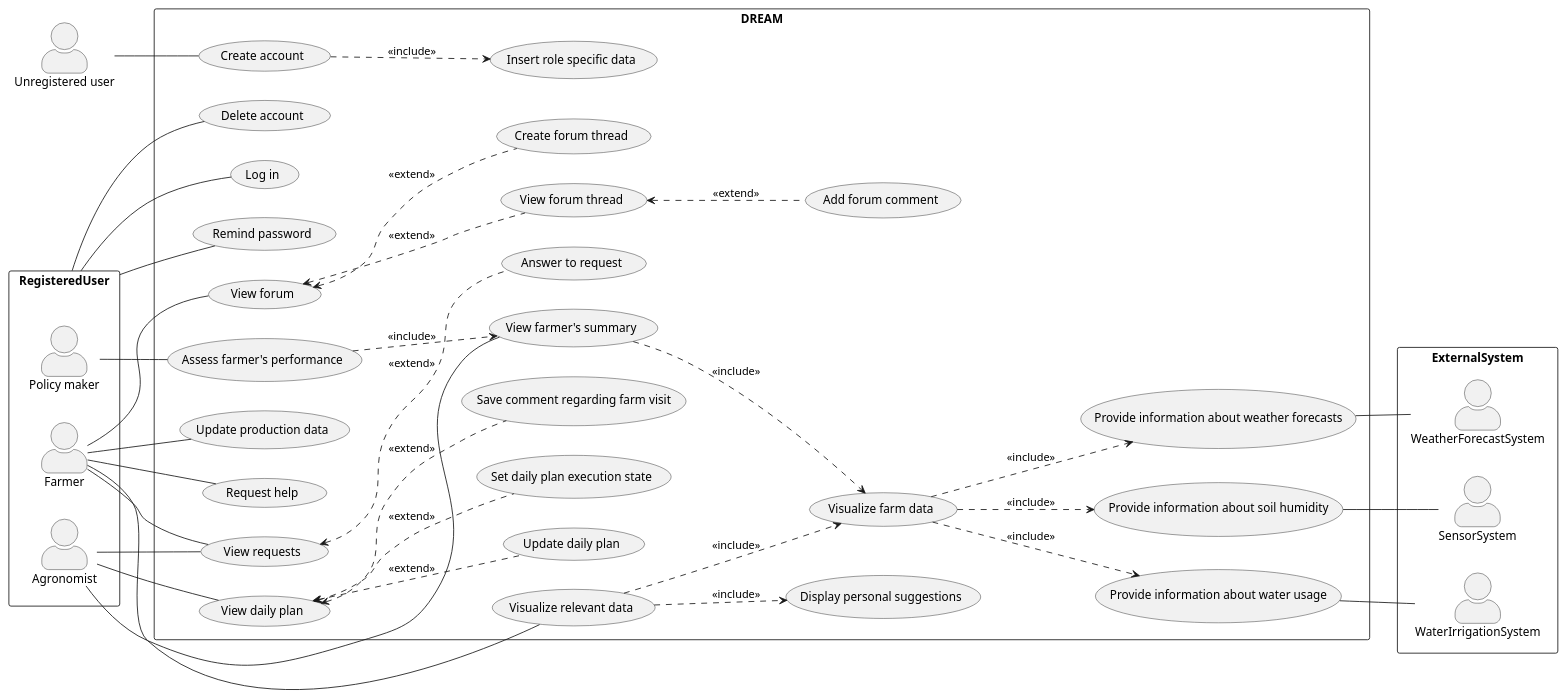
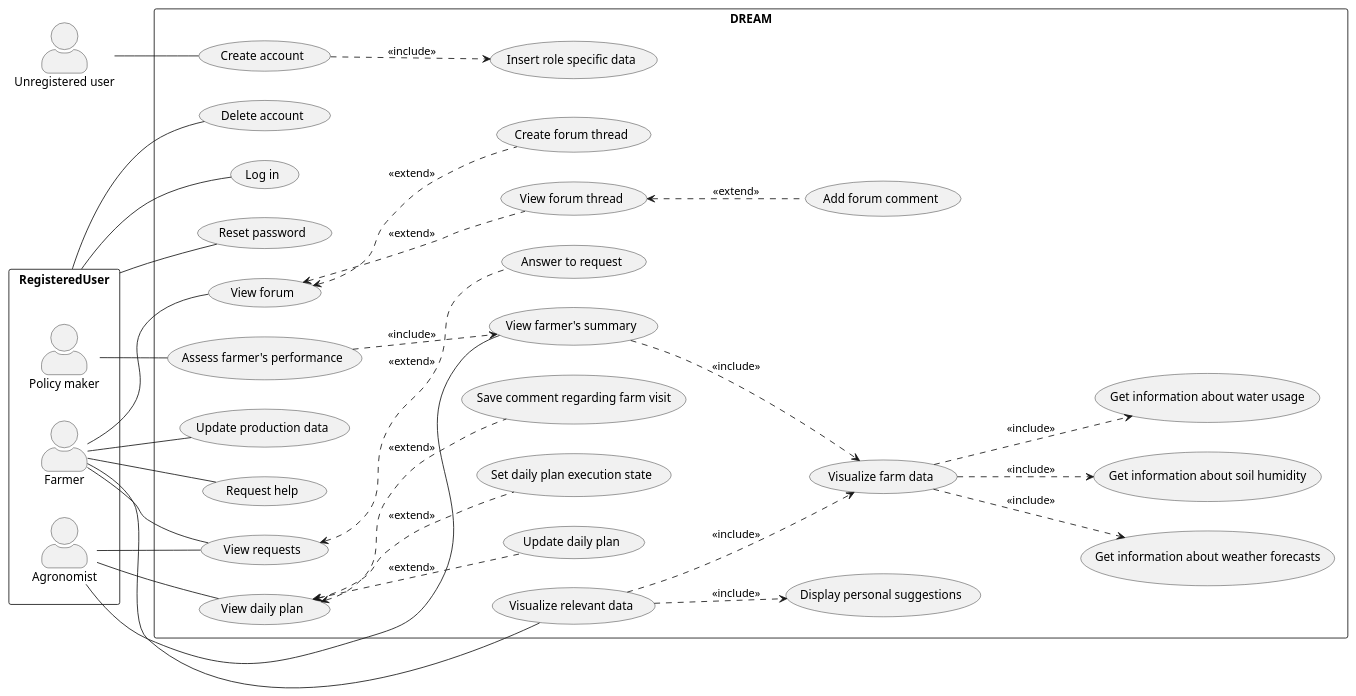
Before and after one commit to Astenna/DREAM: the diagram in RASD/uml/uc.puml, drawn with PlantUML.

Commit message:
Corrections in use case diagram

```diff
--- a/RASD/uml/uc.puml
+++ b/RASD/uml/uc.puml
@@ -1,73 +1,70 @@
 @startuml Use case
 left to right direction
 skinparam packageStyle rectangle
 skinparam actorStyle awesome
 
 'Primary - should be on the left side
 actor :Unregistered user: as UnregUser
 
 package RegisteredUser {
     actor :Policy maker: as PolMaker
     actor :Farmer:
     actor :Agronomist:
 }
 
-'Secondary - should be on the right side
-package ExternalSystem {
-    actor :WeatherForecastSystem:
-    actor :WaterIrrigationSystem:
-    actor :SensorSystem:
-}
+' 'Secondary - should be on the right side
+' package ExternalSystem {
+'     actor :WeatherForecastSystem:
+'     actor :WaterIrrigationSystem:
+'     actor :SensorSystem:
+' }
 
 'visualisations - less details or additional phenomenas? as in lower diagram
 'there are MANY missing phenomenas, that can be deducted from UC
 'about SP: which is better?? - maybe a question to tamburri
 '   "The system visualizes data ... for argonomist"
 '   "The system visualizes data ..."
 '   "Agronomist visualizes data"
 rectangle DREAM {
     '''''''''''Common'''''''''''
     RegisteredUser -- (Log in)
-    RegisteredUser -- (Remind password)
+    RegisteredUser -- (Reset password)
     RegisteredUser -- (Delete account)
     UnregUser -- (Create account)
     ' PolMaker -- (Log in)
     ' Agronomist -- (Log in)
     (Create account) ..> (Insert role specific data) : <<include>>
 
     '''''''''''Farmer'''''''''''
     ' Farmer -- (Log in)
     Farmer -- (Visualize relevant data)
     'should providers be included? maybe a question to Tamburri
     (Visualize relevant data) ..> (Visualize farm data) : <<include>>
-    (Visualize farm data) ..> (Provide information about weather forecasts) : <<include>>
-    (Visualize farm data) ..> (Provide information about soil humidity) : <<include>>
-    (Visualize farm data) ..> (Provide information about water usage) : <<include>>
+    (Visualize farm data) ..> (Get information about weather forecasts) : <<include>>
+    (Visualize farm data) ..> (Get information about soil humidity) : <<include>>
+    (Visualize farm data) ..> (Get information about water usage) : <<include>>
     (Visualize relevant data) ..> (Display personal suggestions) : <<include>>
-    (Provide information about weather forecasts) -- WeatherForecastSystem
-    (Provide information about soil humidity) -- SensorSystem
-    (Provide information about water usage) -- WaterIrrigationSystem
     Farmer -- (Update production data)
     Farmer -- (Request help)
     Farmer -- (View forum)
     (View forum) <.. (Create forum thread) : <<extend>>
     (View forum) <.. (View forum thread) : <<extend>>
     (View forum thread) <.. (Add forum comment) : <<extend>>
     Farmer -- (View requests)
 
     '''''''''''Agronomist'''''''''''
     Agronomist -- (View farmer's summary)
     Agronomist -- (View requests)
     (View requests) <.. (Answer to request) : <<extend>>
     (View farmer's summary) ..> (Visualize farm data) : <<include>>
     Agronomist -- (View daily plan)
     (View daily plan) <.. (Update daily plan) : <<extend>>
     (View daily plan) <.. (Set daily plan execution state) : <<extend>>
     (View daily plan) <.. (Save comment regarding farm visit) : <<extend>>
 
     '''''''''''Policy maker'''''''''''
     PolMaker -- (Assess farmer's performance)
     (Assess farmer's performance) ..> (View farmer's summary) : <<include>>
 }
 
 @enduml
```
